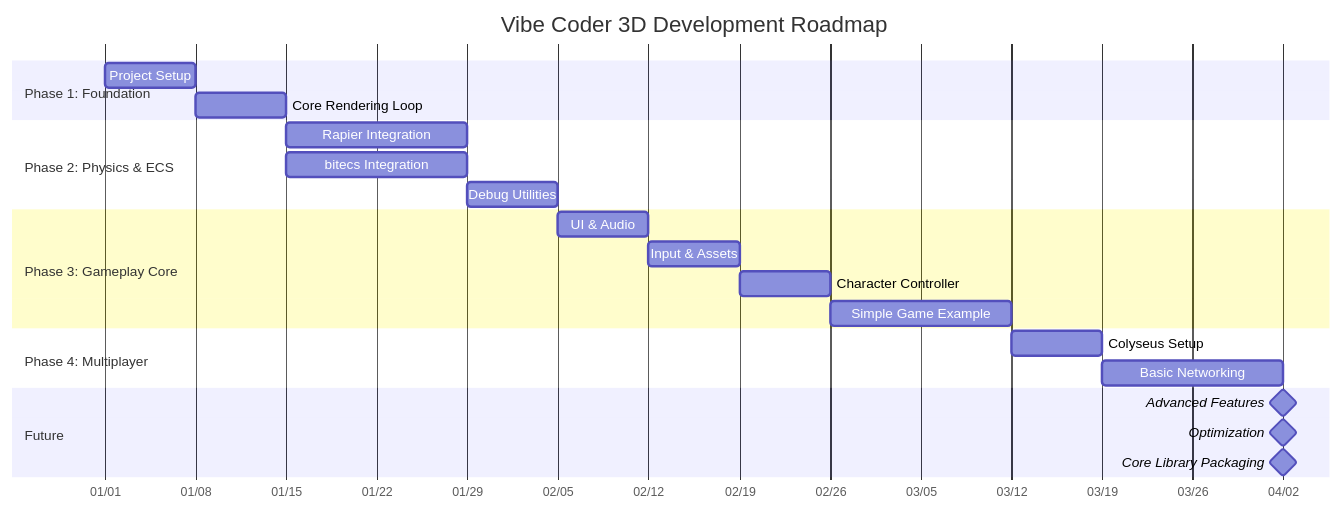
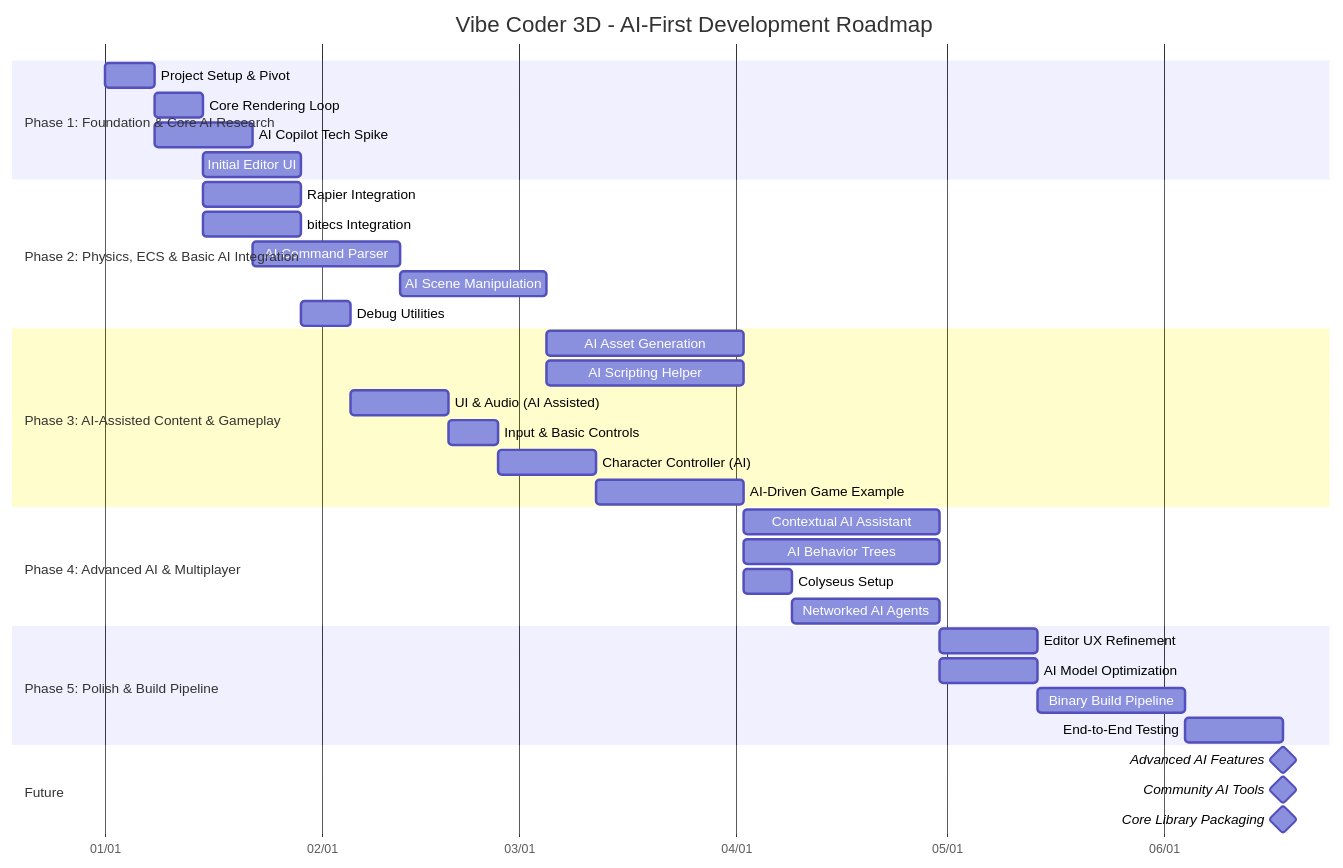
One commit to jonit-dev/vibe-coder-3d changed the diagram in docs/roadmap.md. Above: the diagram before and after it, drawn with Mermaid. The commit also changed other lines of this file and 7 other files, not shown here.

First line of the commit message:
Integrate AI Copilot features into Vibe Coder 3D documentation and editor

````diff
--- a/docs/roadmap.md
+++ b/docs/roadmap.md
@@ -7,30 +7,44 @@
 ```mermaid
 gantt
-    title Vibe Coder 3D Development Roadmap
+    title Vibe Coder 3D - AI-First Development Roadmap
     dateFormat  YYYY-MM-DD
     axisFormat %m/%d
 
-    section Phase 1: Foundation
-    Project Setup            :p1_setup, 2023-01-01, 7d
+    section Phase 1: Foundation & Core AI Research
+    Project Setup & Pivot    :p1_setup, 2023-01-01, 7d
     Core Rendering Loop      :p1_render, after p1_setup, 7d
+    AI Copilot Tech Spike    :p1_ai_spike, after p1_setup, 14d
+    Initial Editor UI        :p1_editor_ui, after p1_render, 14d
 
-    section Phase 2: Physics & ECS
+    section Phase 2: Physics, ECS & Basic AI Integration
     Rapier Integration       :p2_physics, after p1_render, 14d
     bitecs Integration       :p2_ecs, after p1_render, 14d
+    AI Command Parser        :p2_ai_parser, after p1_ai_spike, 21d
+    AI Scene Manipulation    :p2_ai_scene, after p2_ai_parser, 21d
     Debug Utilities          :p2_debug, after p2_ecs, 7d
 
-    section Phase 3: Gameplay Core
-    UI & Audio               :p3_ui, after p2_debug, 7d
-    Input & Assets           :p3_input, after p3_ui, 7d
-    Character Controller     :p3_controller, after p3_input, 7d
-    Simple Game Example      :p3_game, after p3_controller, 14d
+    section Phase 3: AI-Assisted Content & Gameplay
+    AI Asset Generation      :p3_ai_assets, after p2_ai_scene, 28d
+    AI Scripting Helper      :p3_ai_script, after p2_ai_scene, 28d
+    UI & Audio (AI Assisted) :p3_ui_audio, after p2_debug, 14d
+    Input & Basic Controls   :p3_input, after p3_ui_audio, 7d
+    Character Controller (AI):p3_controller, after p3_input, 14d
+    AI-Driven Game Example   :p3_game, after p3_controller, 21d
 
-    section Phase 4: Multiplayer
-    Colyseus Setup           :p4_setup, after p3_game, 7d
-    Basic Networking         :p4_network, after p4_setup, 14d
+    section Phase 4: Advanced AI & Multiplayer
+    Contextual AI Assistant  :p4_context_ai, after p3_game, 28d
+    AI Behavior Trees        :p4_ai_behavior, after p3_game, 28d
+    Colyseus Setup           :p4_colyseus, after p3_game, 7d
+    Networked AI Agents      :p4_network_ai, after p4_colyseus, 21d
+
+    section Phase 5: Polish & Build Pipeline
+    Editor UX Refinement     :p5_editor_ux, after p4_context_ai, 14d
+    AI Model Optimization    :p5_ai_opt, after p4_context_ai, 14d
+    Binary Build Pipeline    :p5_build, after p5_editor_ux, 21d
+    End-to-End Testing       :p5_e2e_test, after p5_build, 14d
 
     section Future
-    Advanced Features        :milestone, after p4_network, 0d
-    Optimization             :milestone, after p4_network, 0d
-    Core Library Packaging   :milestone, after p4_network, 0d
+    Advanced AI Features     :milestone, after p5_e2e_test, 0d
+    Community AI Tools       :milestone, after p5_e2e_test, 0d
+    Core Library Packaging   :milestone, after p5_e2e_test, 0d
 ```
````
